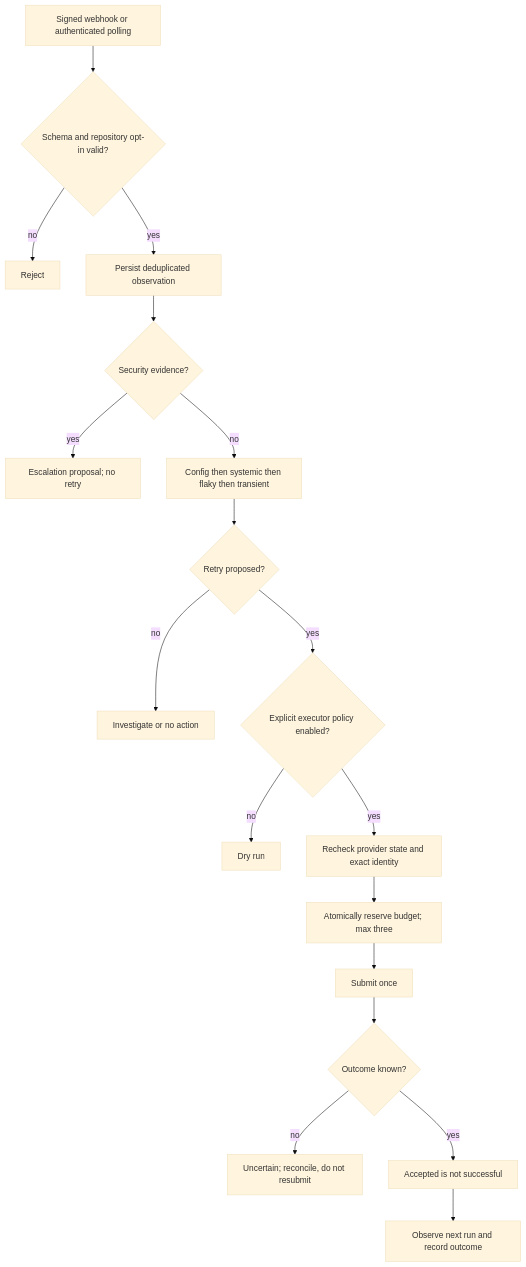
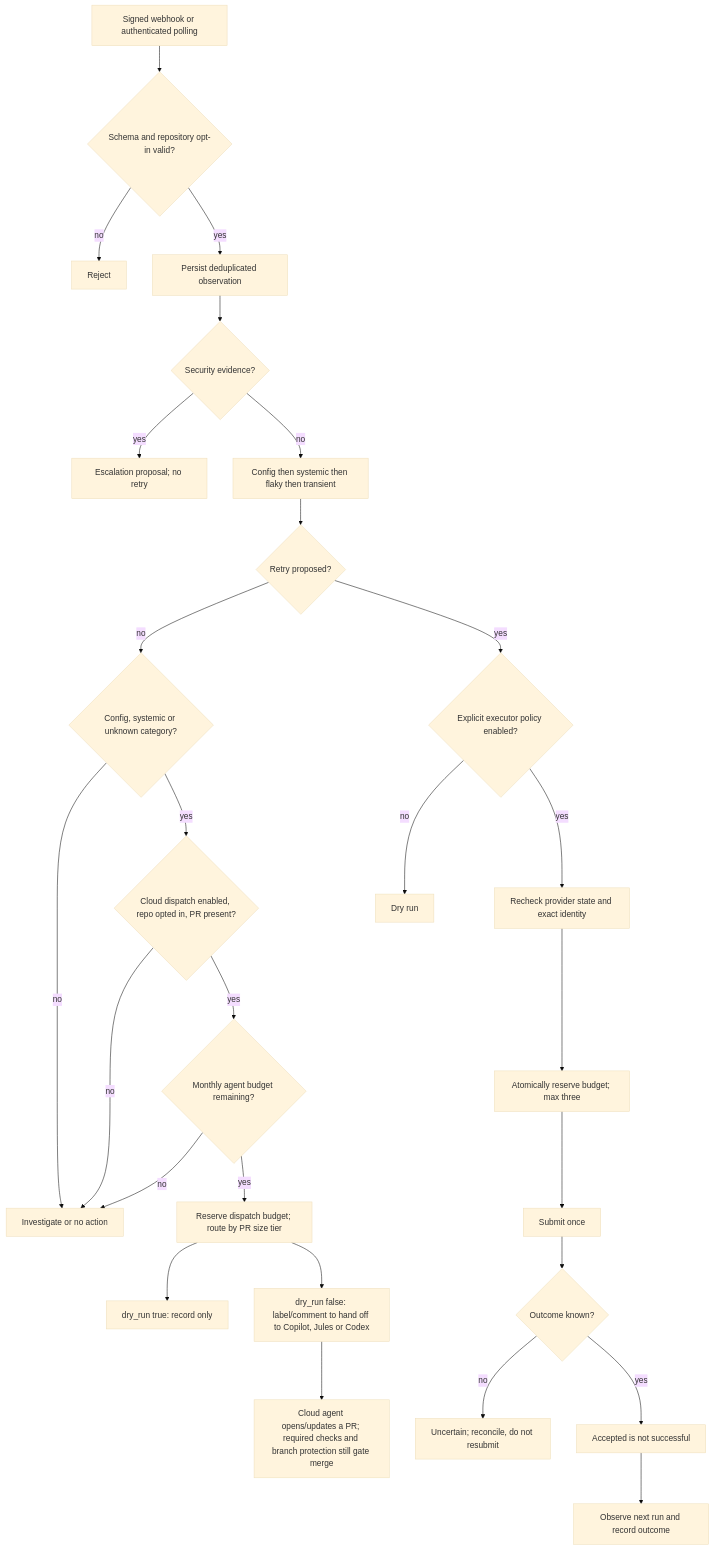
The diagram in docs/REMEDIATION_DECISION_TREE.md (untool-ai/cicd-babysitter), drawn with Mermaid (base theme) before and after one commit. The commit also changed other lines of this file and 12 other files, not shown here.

````diff
--- a/docs/REMEDIATION_DECISION_TREE.md
+++ b/docs/REMEDIATION_DECISION_TREE.md
@@ -3,20 +3,29 @@
 ```mermaid
 flowchart TD
   A[Signed webhook or authenticated polling] --> B{Schema and repository opt-in valid?}
   B -- no --> C[Reject]
   B -- yes --> D[Persist deduplicated observation]
   D --> E{Security evidence?}
   E -- yes --> F[Escalation proposal; no retry]
   E -- no --> G[Config then systemic then flaky then transient]
   G --> H{Retry proposed?}
-  H -- no --> I[Investigate or no action]
+  H -- no --> I{Config, systemic or unknown category?}
+  I -- no --> I2[Investigate or no action]
+  I -- yes --> S{Cloud dispatch enabled, repo opted in, PR present?}
+  S -- no --> I2
+  S -- yes --> T{Monthly agent budget remaining?}
+  T -- no --> I2
+  T -- yes --> U[Reserve dispatch budget; route by PR size tier]
+  U --> V[dry_run true: record only]
+  U --> W[dry_run false: label/comment to hand off to Copilot, Jules or Codex]
+  W --> X[Cloud agent opens/updates a PR; required checks and branch protection still gate merge]
   H -- yes --> J{Explicit executor policy enabled?}
   J -- no --> K[Dry run]
   J -- yes --> L[Recheck provider state and exact identity]
   L --> M[Atomically reserve budget; max three]
   M --> N[Submit once]
   N --> O{Outcome known?}
   O -- no --> P[Uncertain; reconcile, do not resubmit]
   O -- yes --> Q[Accepted is not successful]
   Q --> R[Observe next run and record outcome]
 ```
````
